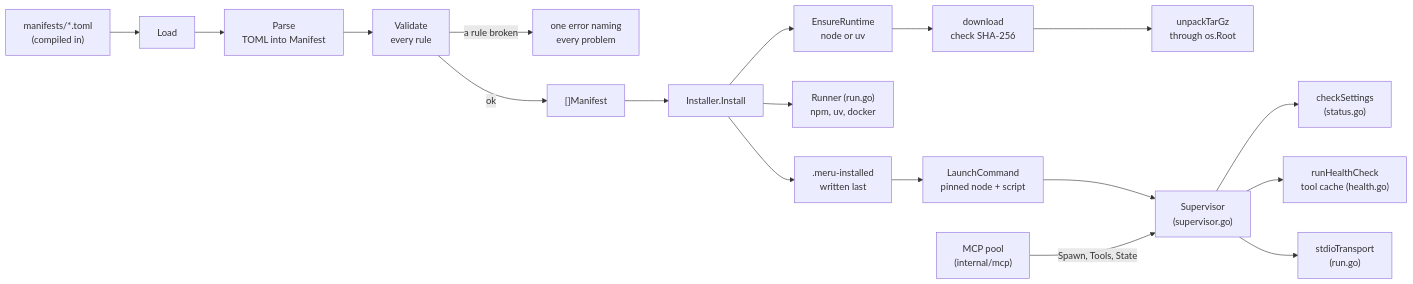
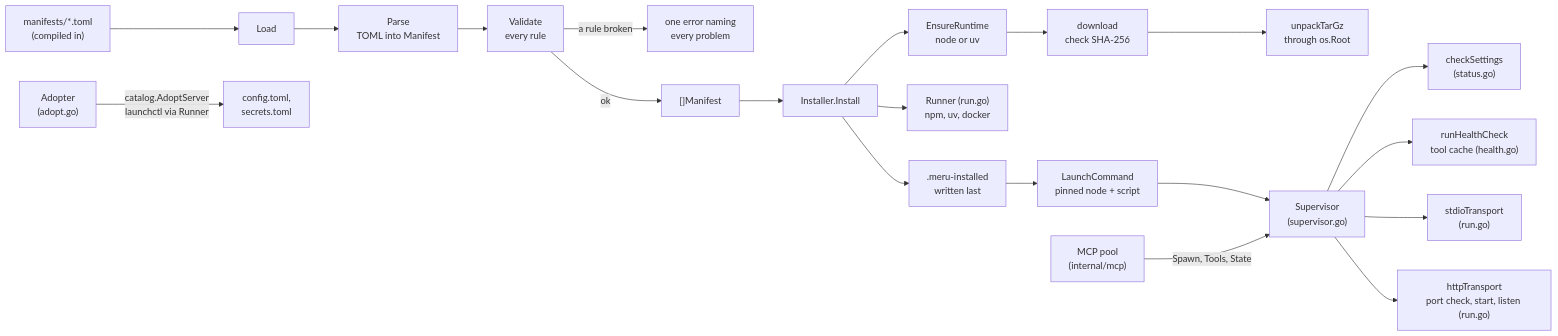
Before and after one commit to aarora79/meru: the first of 2 diagrams in docs/coding-notes/connectors.md, drawn with Mermaid. The commit also changed other lines of this file and 62 other files, not shown here.

````diff
--- a/docs/coding-notes/connectors.md
+++ b/docs/coding-notes/connectors.md
@@ -45,20 +54,22 @@
 ```mermaid
 flowchart LR
     files["manifests/*.toml<br/>(compiled in)"] --> load["Load"]
     load --> parse["Parse<br/>TOML into Manifest"]
     parse --> validate["Validate<br/>every rule"]
     validate -- "a rule broken" --> err["one error naming<br/>every problem"]
     validate -- ok --> list["[]Manifest"]
     list --> install["Installer.Install"]
     install --> ensure["EnsureRuntime<br/>node or uv"]
     ensure --> dl["download<br/>check SHA-256"]
     dl --> unpack["unpackTarGz<br/>through os.Root"]
     install --> run["Runner (run.go)<br/>npm, uv, docker"]
     install --> marker[".meru-installed<br/>written last"]
     marker --> launch["LaunchCommand<br/>pinned node + script"]
     launch --> sup["Supervisor<br/>(supervisor.go)"]
     sup --> check["checkSettings<br/>(status.go)"]
     sup --> health["runHealthCheck<br/>tool cache (health.go)"]
     sup --> stdio["stdioTransport<br/>(run.go)"]
+    sup --> http["httpTransport<br/>port check, start, listen (run.go)"]
     pool["MCP pool<br/>(internal/mcp)"] -- "Spawn, Tools, State" --> sup
+    adopt["Adopter<br/>(adopt.go)"] -- "catalog.AdoptServer<br/>launchctl via Runner" --> cfg["config.toml,<br/>secrets.toml"]
 ```
````
